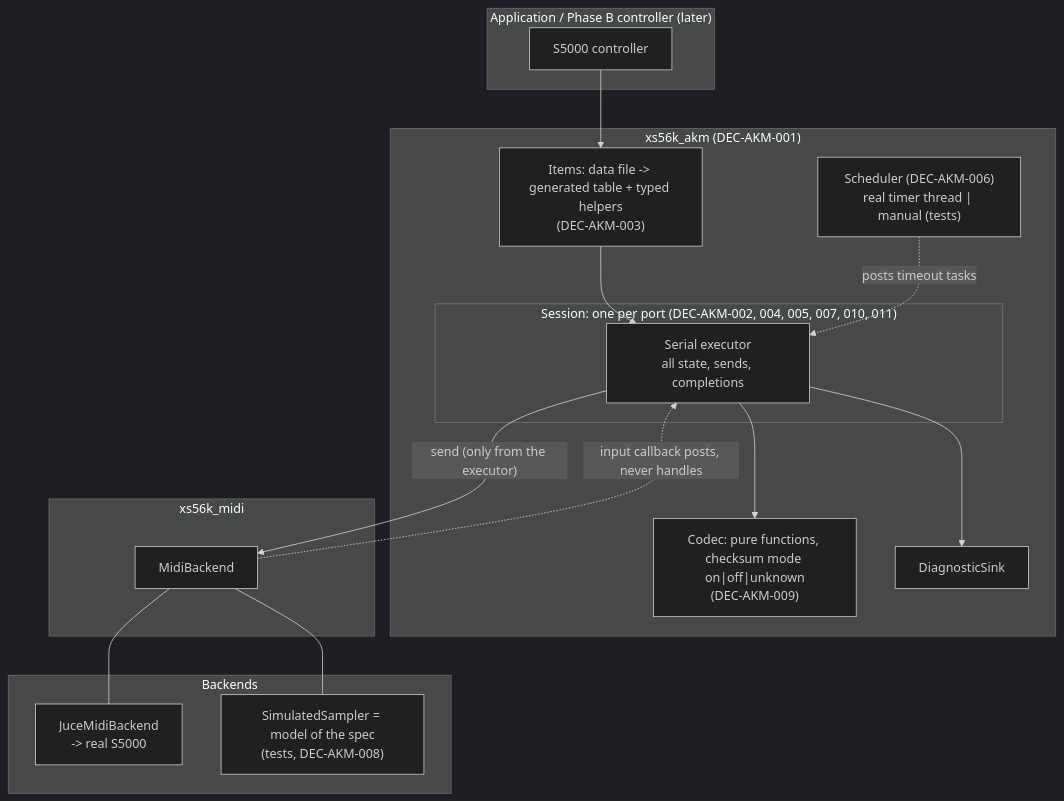
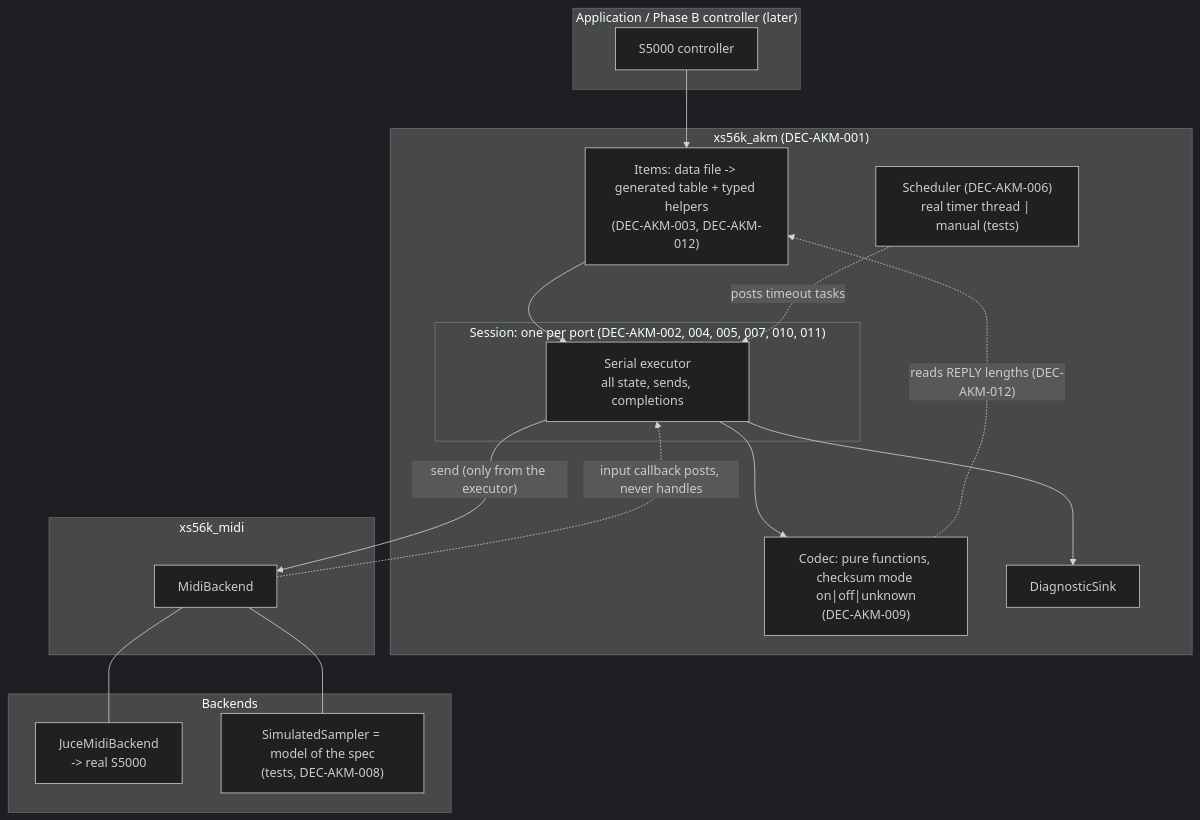
The diagram in process/2.architecture/ADR-AKM-001-akm-transport-architecture.md (xplorer2716/XS56K), drawn with Mermaid (dark theme) before and after one commit. The commit also changed other lines of this file and 35 other files, not shown here.

````diff
--- a/process/2.architecture/ADR-AKM-001-akm-transport-architecture.md
+++ b/process/2.architecture/ADR-AKM-001-akm-transport-architecture.md
@@ -276,29 +318,30 @@
 ```mermaid
 flowchart TB
     subgraph app["Application / Phase B controller (later)"]
         CTRL["S5000 controller"]
     end
     subgraph akm["xs56k_akm (DEC-AKM-001)"]
-        ITEMS["Items: data file -> generated table + typed helpers\n(DEC-AKM-003)"]
+        ITEMS["Items: data file -> generated table + typed helpers\n(DEC-AKM-003, DEC-AKM-012)"]
         subgraph sess["Session: one per port (DEC-AKM-002, 004, 005, 007, 010, 011)"]
             EXE["Serial executor\nall state, sends, completions"]
         end
         COD["Codec: pure functions, checksum mode on|off|unknown\n(DEC-AKM-009)"]
         SCH["Scheduler (DEC-AKM-006)\nreal timer thread | manual (tests)"]
         DIAG["DiagnosticSink"]
     end
     subgraph midi["xs56k_midi"]
         BE["MidiBackend"]
     end
     subgraph impls["Backends"]
         JUCEB["JuceMidiBackend\n-> real S5000"]
         SIM["SimulatedSampler = model of the spec\n(tests, DEC-AKM-008)"]
     end
     CTRL --> ITEMS --> EXE --> COD
+    COD -. "reads REPLY lengths (DEC-AKM-012)" .-> ITEMS
     SCH -. "posts timeout tasks" .-> EXE
     BE -. "input callback posts, never handles" .-> EXE
     EXE --> DIAG
     EXE -->|"send (only from the executor)"| BE
     BE --- JUCEB
     BE --- SIM
 ```
````
